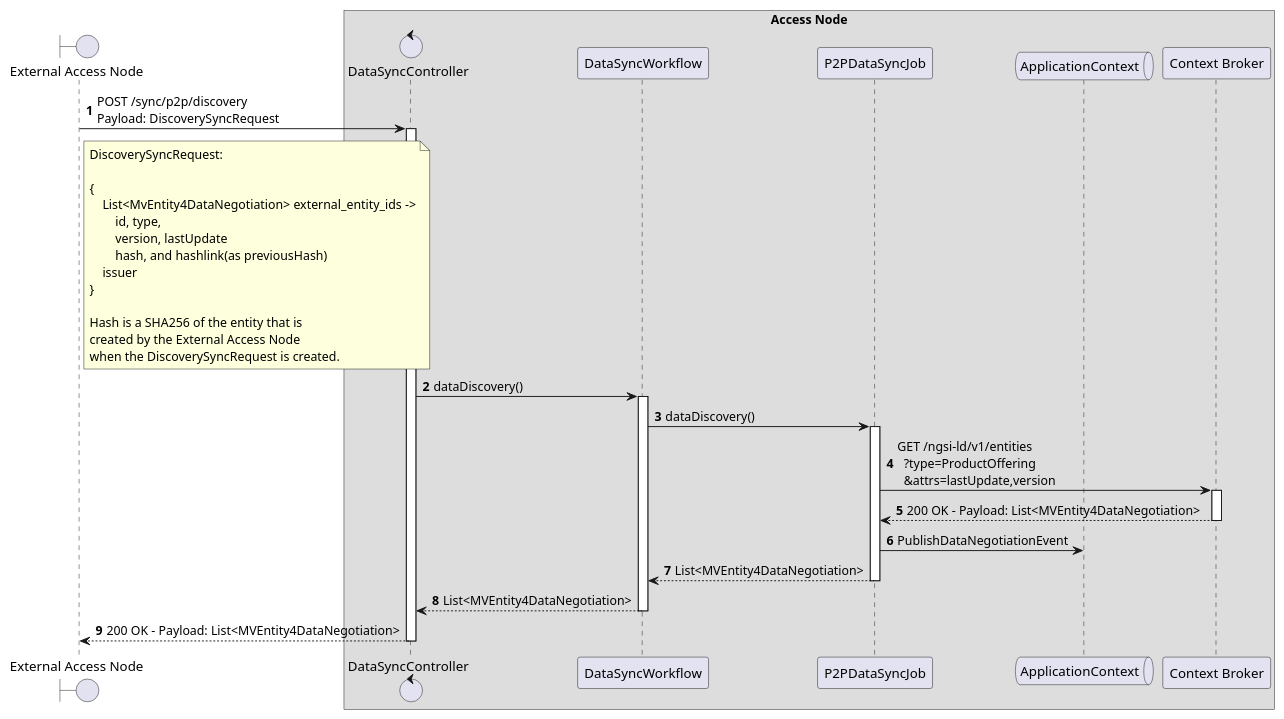
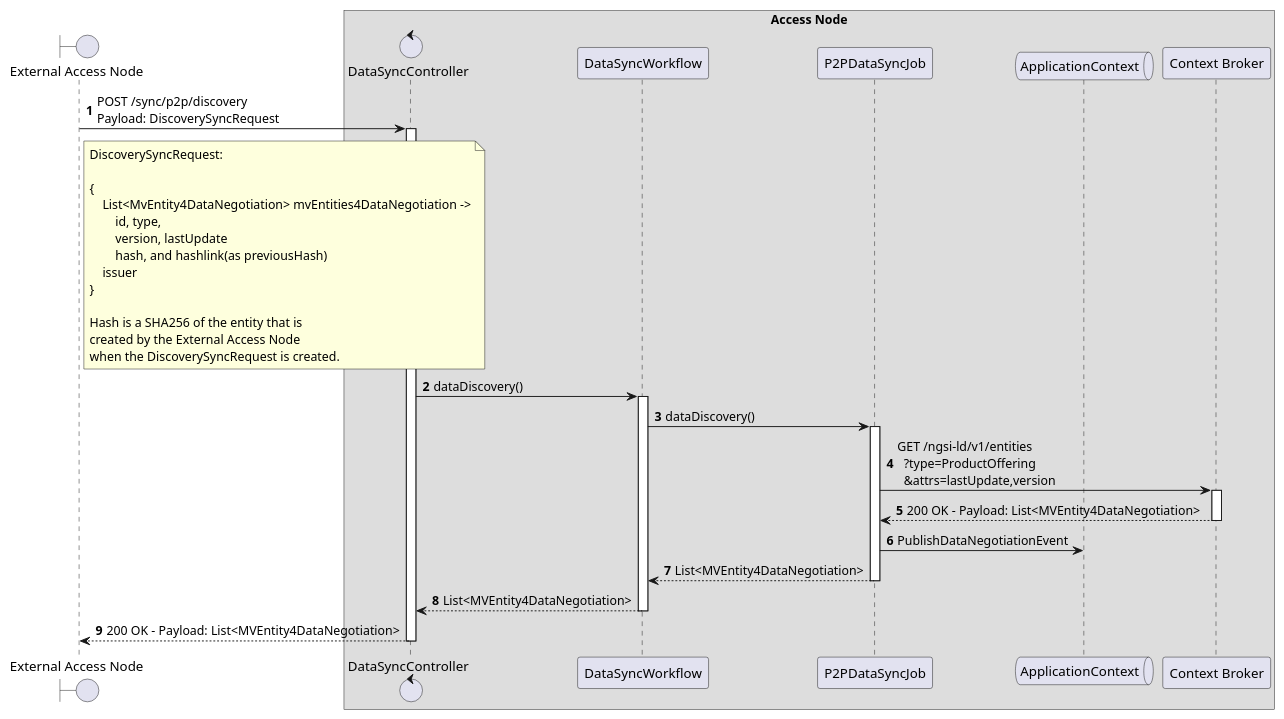
The diagram in desmos-tech-doc/diagrams/p2p-sync-discovery-local.puml (in2workspace/in2-guides), drawn with PlantUML before and after one commit. The commit also changed 1 other file, not shown here.

Commit message:
fix(data-syncronization): change external entity id to mv entity 4 data negotiation

```diff
--- a/desmos-tech-doc/diagrams/p2p-sync-discovery-local.puml
+++ b/desmos-tech-doc/diagrams/p2p-sync-discovery-local.puml
@@ -1,51 +1,51 @@
 @startuml
 'https://plantuml.com/sequence-diagram
 
 '---------- Config ----------------
 
 autonumber
 
 '---------- Header ----------------
 
 boundary "External Access Node" as ean
 
 box "Access Node"
 
   control "DataSyncController" as data_sync_Controller
   participant "DataSyncWorkflow" as p2p_data_sync_workflow
   participant "P2PDataSyncJob" as p2p_data_sync_job
   queue "ApplicationContext" as ac
   participant "Context Broker" as cb
 
 end box
 
 '---------- Diagram ----------------
 
 ean -> data_sync_Controller++: POST /sync/p2p/discovery \nPayload: DiscoverySyncRequest
 
 note right of ean
     DiscoverySyncRequest:
 
     {
-        List<MvEntity4DataNegotiation> external_entity_ids ->
+        List<MvEntity4DataNegotiation> mvEntities4DataNegotiation ->
             id, type,
             version, lastUpdate
             hash, and hashlink(as previousHash)
         issuer
     }
 
     Hash is a SHA256 of the entity that is
     created by the External Access Node
     when the DiscoverySyncRequest is created.
 end note
 
     data_sync_Controller -> p2p_data_sync_workflow++: dataDiscovery()
         p2p_data_sync_workflow -> p2p_data_sync_job++: dataDiscovery()
             p2p_data_sync_job -> cb++: GET /ngsi-ld/v1/entities\n  ?type=ProductOffering\n  &attrs=lastUpdate,version
             return 200 OK - Payload: List<MVEntity4DataNegotiation>
             p2p_data_sync_job -> ac: PublishDataNegotiationEvent
         return List<MVEntity4DataNegotiation>
     return List<MVEntity4DataNegotiation>
 return 200 OK - Payload: List<MVEntity4DataNegotiation>
 
 @enduml
```
